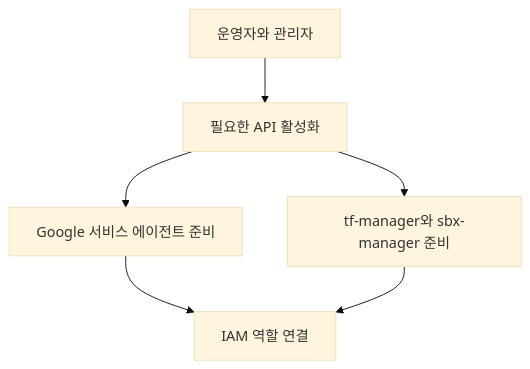
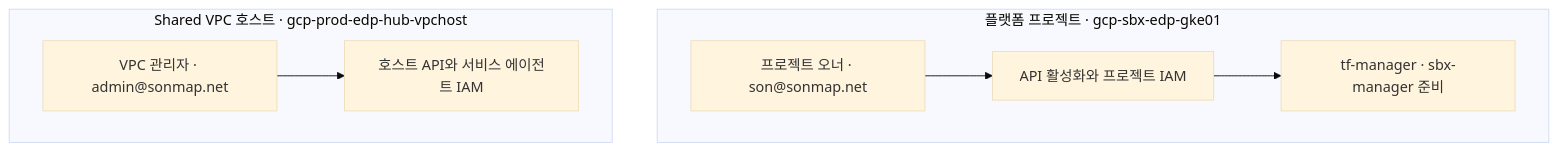
The first of 7 diagrams in 01.docs/01-infra-setup.md (sonmap/GCP_SBX_Test01), drawn with Mermaid (base theme) before and after one commit. The commit also changed other lines of this file, not shown here.

Commit message:
Show project boundaries, resource names and operator roles in infrastructure diagrams

````diff
--- a/01.docs/01-infra-setup.md
+++ b/01.docs/01-infra-setup.md
@@ -15,8 +15,10 @@
 ```mermaid
 flowchart TD
-    A["운영자와 관리자"] --> B["필요한 API 활성화"]
-    B --> C["Google 서비스 에이전트 준비"]
-    B --> D["tf-manager와 sbx-manager 준비"]
-    C --> E["IAM 역할 연결"]
-    D --> E
+    subgraph P["플랫폼 프로젝트 · gcp-sbx-edp-gke01"]
+      O["프로젝트 오너 · son@sonmap.net"] --> S["API 활성화와 프로젝트 IAM"]
+      S --> T["tf-manager · sbx-manager 준비"]
+    end
+    subgraph H["Shared VPC 호스트 · gcp-prod-edp-hub-vpchost"]
+      V["VPC 관리자 · admin@sonmap.net"] --> I["호스트 API와 서비스 에이전트 IAM"]
+    end
 ```
````
